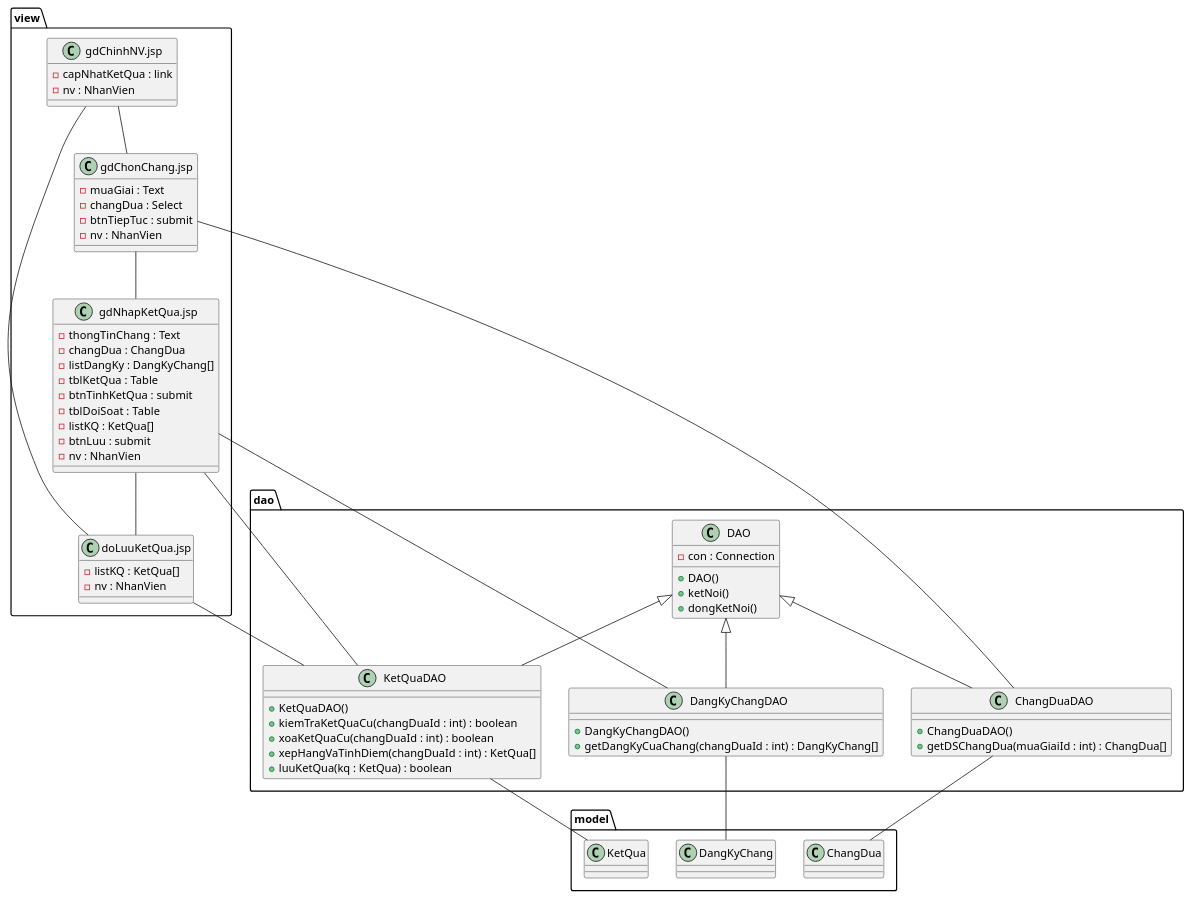
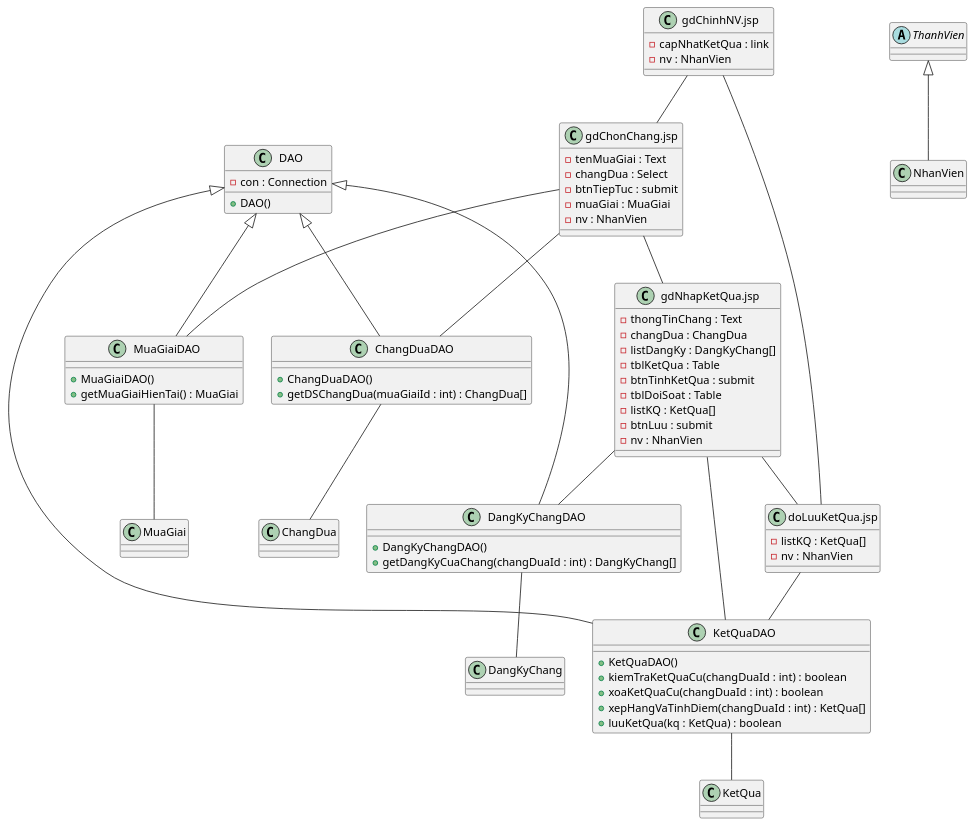
One commit to 7gho/CNPM-He2026 changed the fourth of 6 diagrams in Module 3 - Kiet/noi-dung.md. Above: the diagram before and after it, drawn with PlantUML. The commit also changed other lines of this file and 41 other files, not shown here.

First line of the commit message:
Ra soat cheo toan he thong theo giao trinh; bo khung package, phac thao giao dien dang bang

````diff
--- a/Module 3 - Kiet/noi-dung.md
+++ b/Module 3 - Kiet/noi-dung.md
@@ -351,63 +342,65 @@
 ```plantuml
 @startuml
-package view {
-  class "gdChinhNV.jsp" as gdChinhNV {
-    -capNhatKetQua : link
-    -nv : NhanVien
-  }
-  class "gdChonChang.jsp" as gdChonChang {
-    -muaGiai : Text
-    -changDua : Select
-    -btnTiepTuc : submit
-    -nv : NhanVien
-  }
-  class "gdNhapKetQua.jsp" as gdNhapKetQua {
-    -thongTinChang : Text
-    -changDua : ChangDua
-    -listDangKy : DangKyChang[]
-    -tblKetQua : Table
-    -btnTinhKetQua : submit
-    -tblDoiSoat : Table
-    -listKQ : KetQua[]
-    -btnLuu : submit
-    -nv : NhanVien
-  }
-  class "doLuuKetQua.jsp" as doLuuKetQua {
-    -listKQ : KetQua[]
-    -nv : NhanVien
-  }
+class "gdChinhNV.jsp" as gdChinhNV {
+  -capNhatKetQua : link
+  -nv : NhanVien
+}
+class "gdChonChang.jsp" as gdChonChang {
+  -tenMuaGiai : Text
+  -changDua : Select
+  -btnTiepTuc : submit
+  -muaGiai : MuaGiai
+  -nv : NhanVien
+}
+class "gdNhapKetQua.jsp" as gdNhapKetQua {
+  -thongTinChang : Text
+  -changDua : ChangDua
+  -listDangKy : DangKyChang[]
+  -tblKetQua : Table
+  -btnTinhKetQua : submit
+  -tblDoiSoat : Table
+  -listKQ : KetQua[]
+  -btnLuu : submit
+  -nv : NhanVien
+}
+class "doLuuKetQua.jsp" as doLuuKetQua {
+  -listKQ : KetQua[]
+  -nv : NhanVien
 }
 
-package dao {
-  class DAO {
-    -con : Connection
-    +DAO()
-    +ketNoi()
-    +dongKetNoi()
-  }
-  class ChangDuaDAO {
-    +ChangDuaDAO()
-    +getDSChangDua(muaGiaiId : int) : ChangDua[]
-  }
-  class DangKyChangDAO {
-    +DangKyChangDAO()
-    +getDangKyCuaChang(changDuaId : int) : DangKyChang[]
-  }
-  class KetQuaDAO {
-    +KetQuaDAO()
-    +kiemTraKetQuaCu(changDuaId : int) : boolean
-    +xoaKetQuaCu(changDuaId : int) : boolean
-    +xepHangVaTinhDiem(changDuaId : int) : KetQua[]
-    +luuKetQua(kq : KetQua) : boolean
-  }
+class DAO {
+  -con : Connection
+  +DAO()
+}
+class MuaGiaiDAO {
+  +MuaGiaiDAO()
+  +getMuaGiaiHienTai() : MuaGiai
+}
+class ChangDuaDAO {
+  +ChangDuaDAO()
+  +getDSChangDua(muaGiaiId : int) : ChangDua[]
+}
+class DangKyChangDAO {
+  +DangKyChangDAO()
+  +getDangKyCuaChang(changDuaId : int) : DangKyChang[]
+}
+class KetQuaDAO {
+  +KetQuaDAO()
+  +kiemTraKetQuaCu(changDuaId : int) : boolean
+  +xoaKetQuaCu(changDuaId : int) : boolean
+  +xepHangVaTinhDiem(changDuaId : int) : KetQua[]
+  +luuKetQua(kq : KetQua) : boolean
 }
 
-package model {
-  class ChangDua
-  class DangKyChang
-  class KetQua
-}
+class MuaGiai
+class ChangDua
+class DangKyChang
+class KetQua
+abstract class ThanhVien
+class NhanVien
+ThanhVien <|-- NhanVien
 
+DAO <|-- MuaGiaiDAO
 DAO <|-- ChangDuaDAO
 DAO <|-- DangKyChangDAO
 DAO <|-- KetQuaDAO
@@ -417,11 +410,13 @@
 gdNhapKetQua -- doLuuKetQua
 doLuuKetQua -- gdChinhNV
 
+gdChonChang -- MuaGiaiDAO
 gdChonChang -- ChangDuaDAO
 gdNhapKetQua -- DangKyChangDAO
 gdNhapKetQua -- KetQuaDAO
 doLuuKetQua -- KetQuaDAO
 
+MuaGiaiDAO -- MuaGiai
 ChangDuaDAO -- ChangDua
 DangKyChangDAO -- DangKyChang
 KetQuaDAO -- KetQua
````
